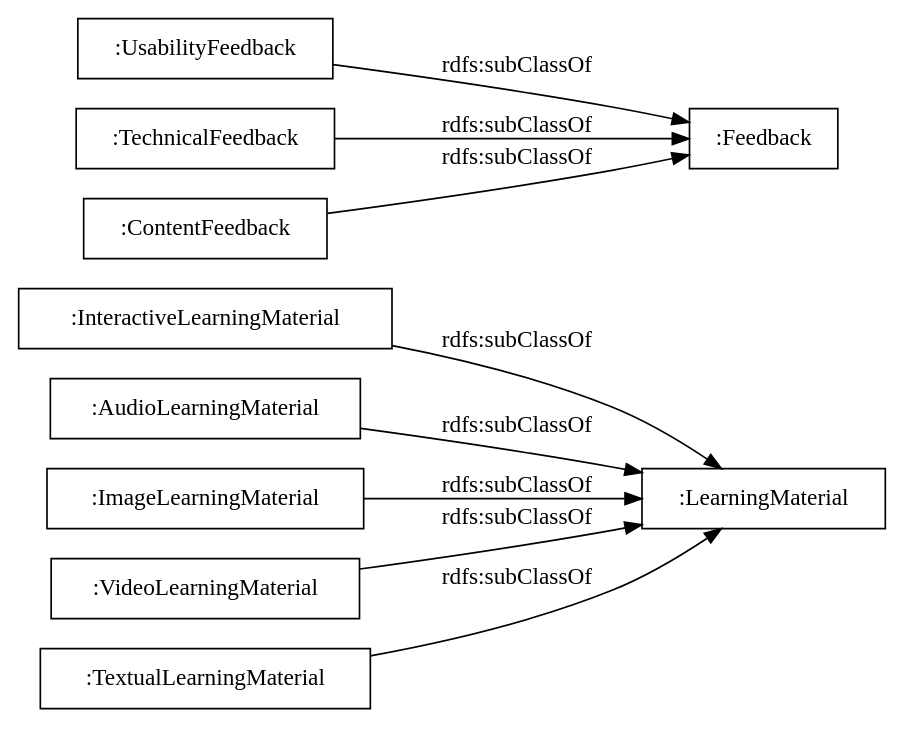
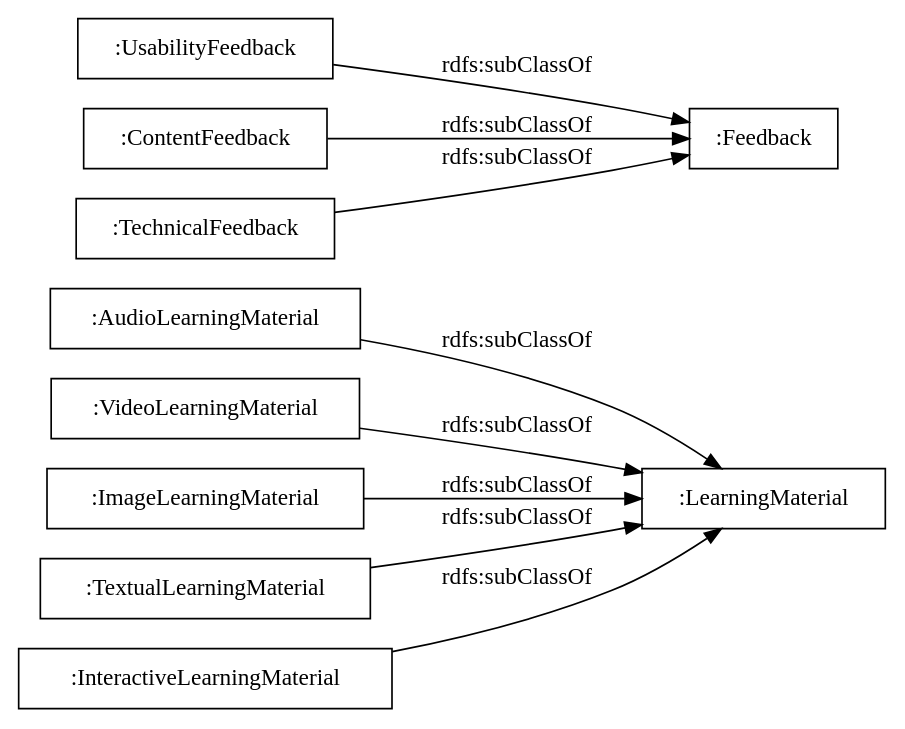
The diagram in OnToology/vb-new.rdf/diagrams/ar2dtool-taxonomy/vb-new.rdf.png.dot (veyisTurgut/vb-rdf), drawn with Graphviz before and after one commit. The commit also changed 12 other files, not shown here.

```diff
--- a/OnToology/vb-new.rdf/diagrams/ar2dtool-taxonomy/vb-new.rdf.png.dot
+++ b/OnToology/vb-new.rdf/diagrams/ar2dtool-taxonomy/vb-new.rdf.png.dot
@@ -1,14 +1,14 @@
 digraph ar2dtool_diagram { 
 rankdir=LR;
 size="1000"
-node [shape = rectangle, color="black"]; ":InteractiveLearningMaterial" ":AudioLearningMaterial" ":Feedback" ":LearningMaterial" ":ImageLearningMaterial" ":UsabilityFeedback" ":TechnicalFeedback" ":VideoLearningMaterial" ":ContentFeedback" ":TextualLearningMaterial" ; /*classes style*/
-	":AudioLearningMaterial" -> ":LearningMaterial" [ label = "rdfs:subClassOf" ];
+node [shape = rectangle, color="black"]; ":AudioLearningMaterial" ":VideoLearningMaterial" ":UsabilityFeedback" ":ImageLearningMaterial" ":LearningMaterial" ":TextualLearningMaterial" ":ContentFeedback" ":InteractiveLearningMaterial" ":Feedback" ":TechnicalFeedback" ; /*classes style*/
 	":VideoLearningMaterial" -> ":LearningMaterial" [ label = "rdfs:subClassOf" ];
 	":ImageLearningMaterial" -> ":LearningMaterial" [ label = "rdfs:subClassOf" ];
+	":UsabilityFeedback" -> ":Feedback" [ label = "rdfs:subClassOf" ];
 	":InteractiveLearningMaterial" -> ":LearningMaterial" [ label = "rdfs:subClassOf" ];
-	":UsabilityFeedback" -> ":Feedback" [ label = "rdfs:subClassOf" ];
-	":TextualLearningMaterial" -> ":LearningMaterial" [ label = "rdfs:subClassOf" ];
 	":ContentFeedback" -> ":Feedback" [ label = "rdfs:subClassOf" ];
 	":TechnicalFeedback" -> ":Feedback" [ label = "rdfs:subClassOf" ];
+	":TextualLearningMaterial" -> ":LearningMaterial" [ label = "rdfs:subClassOf" ];
+	":AudioLearningMaterial" -> ":LearningMaterial" [ label = "rdfs:subClassOf" ];
 
 }
```
